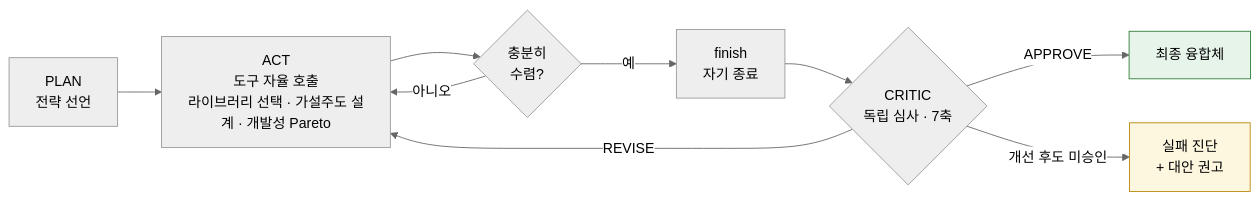
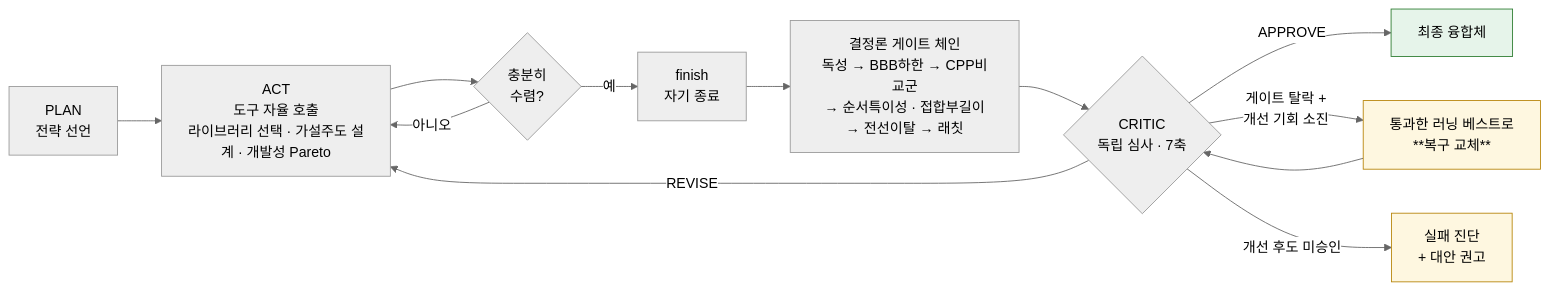
Before and after one commit to yunseul6028/BBB-Optimizer: the fourth of 10 diagrams in 아키텍처.md, drawn with Mermaid (neutral theme). The commit also changed other lines of this file and 4 other files, not shown here.

````diff
--- a/아키텍처.md
+++ b/아키텍처.md
@@ -163,14 +170,17 @@
 ```mermaid
 flowchart LR
   P["PLAN<br/>전략 선언"] --> A["ACT<br/>도구 자율 호출<br/>라이브러리 선택 · 가설주도 설계 · 개발성 Pareto"]
   A --> Q{"충분히<br/>수렴?"}
   Q -->|아니오| A
   Q -->|예| FIN["finish<br/>자기 종료"]
-  FIN --> C{"CRITIC<br/>독립 심사 · 7축"}
+  FIN --> G["결정론 게이트 체인<br/>독성 → BBB하한 → CPP비교군<br/>→ 순서특이성 · 접합부길이<br/>→ 전선이탈 → 래칫"]
+  G --> C{"CRITIC<br/>독립 심사 · 7축"}
   C -->|APPROVE| OUT["최종 융합체"]:::ok
   C -->|REVISE| A
+  C -->|"게이트 탈락 +<br/>개선 기회 소진"| SW["통과한 러닝 베스트로<br/>**복구 교체**"]:::warn
+  SW --> C
   C -->|"개선 후도 미승인"| REC["실패 진단<br/>+ 대안 권고"]:::warn
 
   classDef ok fill:#e6f4ea,stroke:#2e7d32;
   classDef warn fill:#fef7e0,stroke:#b8860b;
 ```
````
